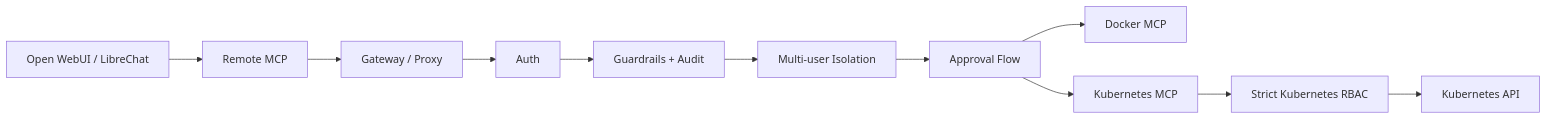
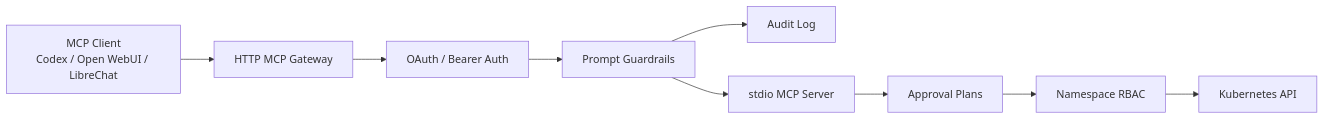
The diagram in README.md (mirusser/Kubernetes-MCP-Guard), drawn with Mermaid before and after one commit. The commit also changed other lines of this file and 2 other files, not shown here.

````diff
--- a/README.md
+++ b/README.md
@@ -30,19 +16,21 @@
 ```mermaid
 graph LR
-    Client["Open WebUI / LibreChat"]
-    RemoteMcp["Remote MCP"]
-    Gateway["Gateway / Proxy"]
-    Auth["Auth"]
-    Guardrails["Guardrails + Audit"]
-    Isolation["Multi-user Isolation"]
-    Approval["Approval Flow"]
-    DockerMcp["Docker MCP"]
-    K8sMcp["Kubernetes MCP"]
-    Rbac["Strict Kubernetes RBAC"]
-    K8s["Kubernetes API"]
+    Client["MCP Client<br/>Codex / Open WebUI / LibreChat"]
+    Gateway["HTTP MCP Gateway"]
+    Auth["OAuth / Bearer Auth"]
+    Guardrails["Prompt Guardrails"]
+    Audit["Audit Log"]
+    Server["stdio MCP Server"]
+    Approval["Approval Plans"]
+    RBAC["Namespace RBAC"]
+    API["Kubernetes API"]
 
-    Client --> RemoteMcp --> Gateway
-    Gateway --> Auth --> Guardrails --> Isolation --> Approval
-    Approval --> DockerMcp
-    Approval --> K8sMcp --> Rbac --> K8s
+    Client --> Gateway
+    Gateway --> Auth
+    Auth --> Guardrails
+    Guardrails --> Audit
+    Guardrails --> Server
+    Server --> Approval
+    Approval --> RBAC
+    RBAC --> API
 ```
````
